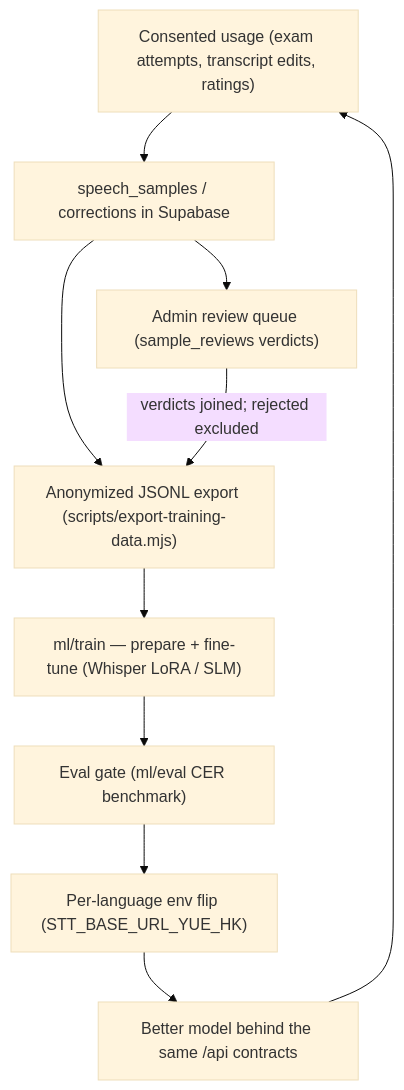
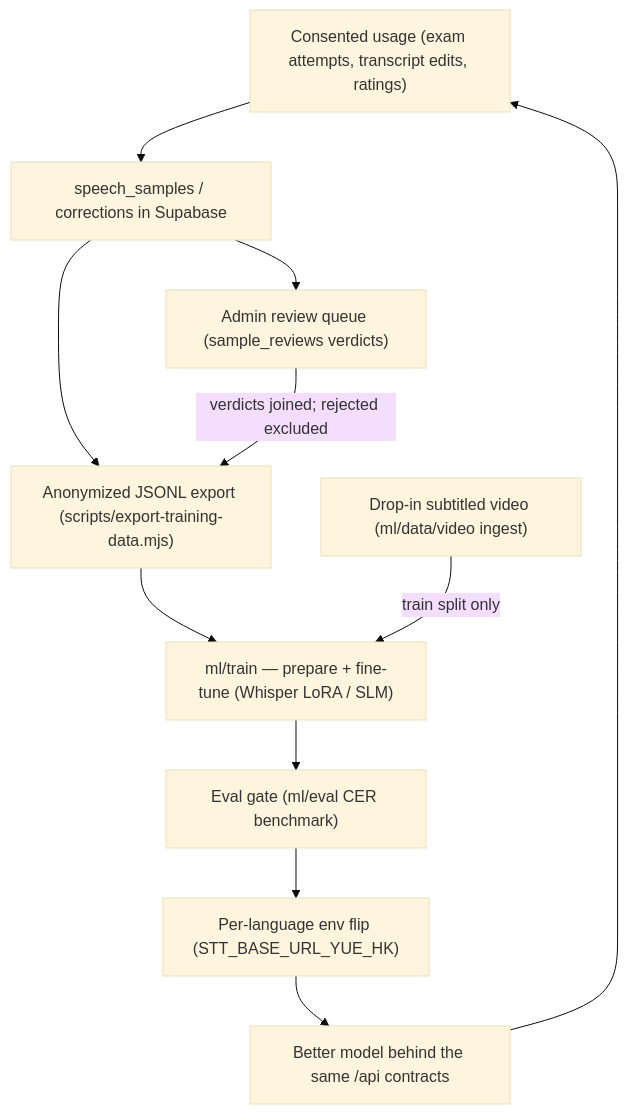
The diagram in docs/ML_PIPELINE.md (darrenCWJ/HomeTongue), drawn with Mermaid (base theme) before and after one commit. The commit also changed other lines of this file and 8 other files, not shown here.

First line of the commit message:
feat(ml): drop-in video ingestion for the training corpus

````diff
--- a/docs/ML_PIPELINE.md
+++ b/docs/ML_PIPELINE.md
@@ -48,12 +61,13 @@
 ```mermaid
 flowchart TD
     USAGE["Consented usage (exam attempts, transcript edits, ratings)"] --> TABLES["speech_samples / corrections in Supabase"]
     TABLES --> REVIEW["Admin review queue (sample_reviews verdicts)"]
     TABLES --> EXPORT["Anonymized JSONL export (scripts/export-training-data.mjs)"]
     REVIEW -->|"verdicts joined; rejected excluded"| EXPORT
     EXPORT --> TRAIN["ml/train — prepare + fine-tune (Whisper LoRA / SLM)"]
+    VIDEO["Drop-in subtitled video (ml/data/video ingest)"] -->|"train split only"| TRAIN
     TRAIN --> GATE["Eval gate (ml/eval CER benchmark)"]
     GATE --> FLIP["Per-language env flip (STT_BASE_URL_YUE_HK)"]
     FLIP --> BETTER["Better model behind the same /api contracts"]
     BETTER --> USAGE
 ```
````
